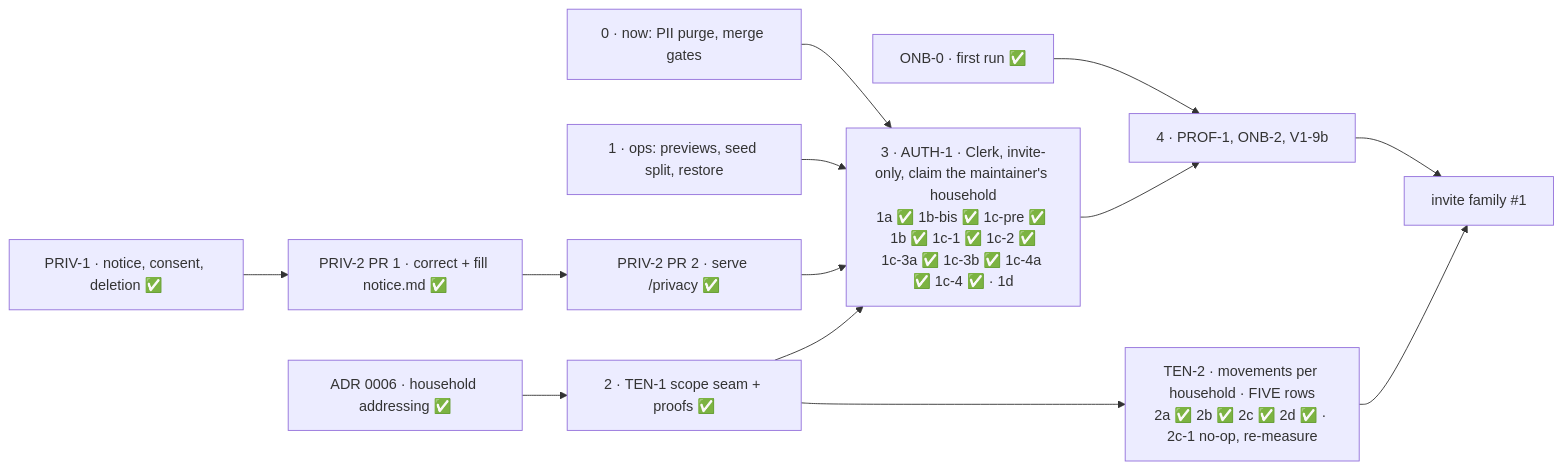
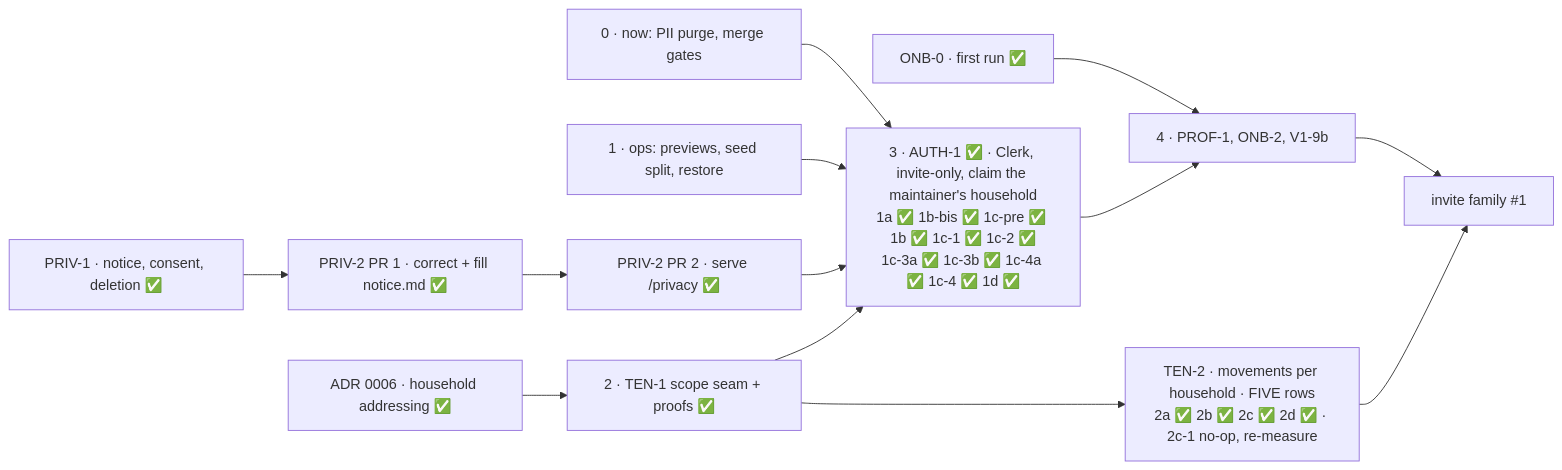
One commit to ralamode/mat-plan changed the diagram in docs/milestones/beta-1.md. Above: the diagram before and after it, drawn with Mermaid. The commit also changed other lines of this file and 81 other files, not shown here.

First line of the commit message:
feat(auth-1d): the boundary is a session with a household, and the access gate is deleted (#335)

````diff
--- a/docs/milestones/beta-1.md
+++ b/docs/milestones/beta-1.md
@@ -77,15 +77,15 @@
 ```mermaid
 flowchart LR
   N[0 · now: PII purge, merge gates] --> AU
   O[1 · ops: previews, seed split, restore] --> AU
   ONB[ONB-0 · first run ✅] --> S
   PRIV[PRIV-1 · notice, consent, deletion ✅] --> P1[PRIV-2 PR 1 · correct + fill notice.md ✅]
   P1 --> P2[PRIV-2 PR 2 · serve /privacy ✅]
   P2 --> AU
   C[ADR 0006 · household addressing ✅] --> T[2 · TEN-1 scope seam + proofs ✅]
-  T --> AU[3 · AUTH-1 · Clerk, invite-only, claim the maintainer's household<br/>1a ✅ 1b-bis ✅ 1c-pre ✅ 1b ✅ 1c-1 ✅ 1c-2 ✅<br/>1c-3a ✅ 1c-3b ✅ 1c-4a ✅ 1c-4 ✅ · 1d]
+  T --> AU[3 · AUTH-1 ✅ · Clerk, invite-only, claim the maintainer's household<br/>1a ✅ 1b-bis ✅ 1c-pre ✅ 1b ✅ 1c-1 ✅ 1c-2 ✅<br/>1c-3a ✅ 1c-3b ✅ 1c-4a ✅ 1c-4 ✅ 1d ✅]
   T --> T2[TEN-2 · movements per household · FIVE rows<br/>2a ✅ 2b ✅ 2c ✅ 2d ✅ · 2c-1 no-op, re-measure]
   AU --> S[4 · PROF-1, ONB-2, V1-9b]
   S --> I[invite family #1]
   T2 --> I
 ```
````
